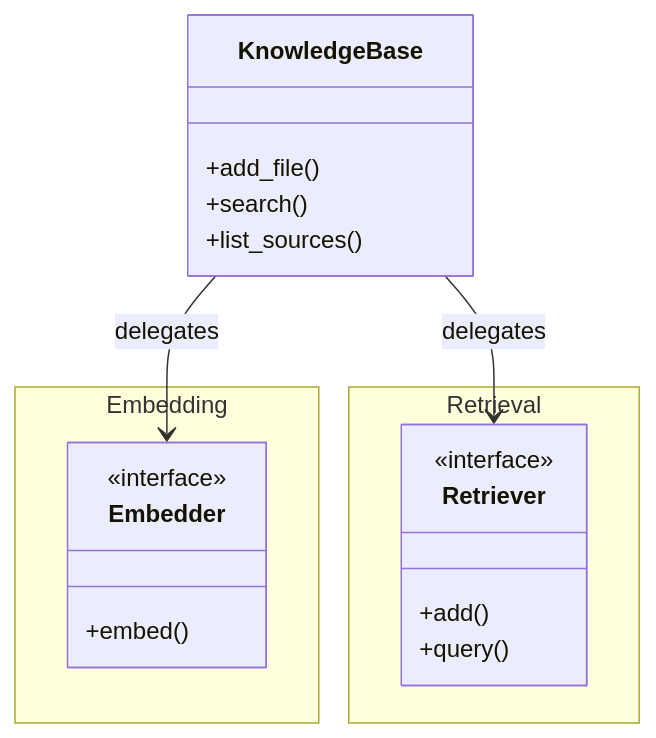
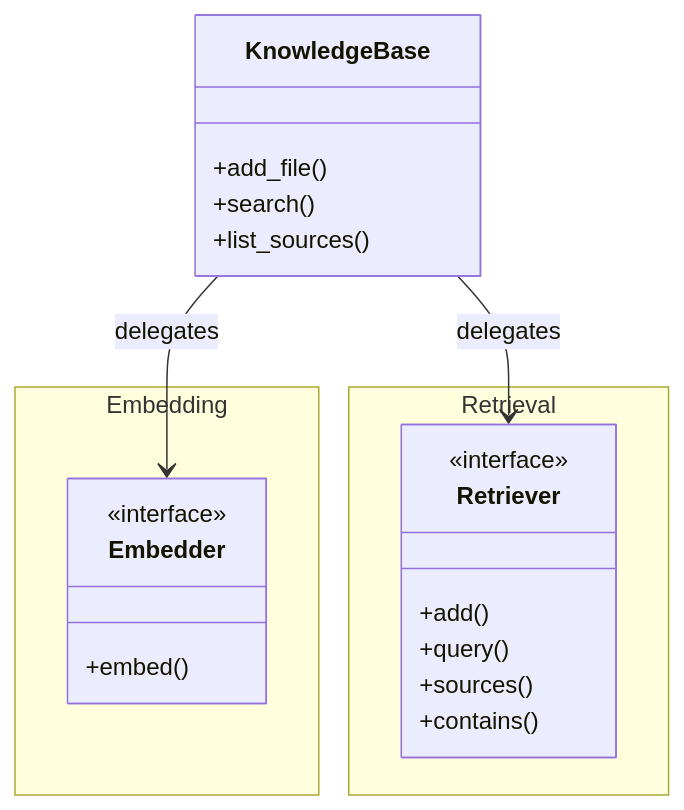
Before and after one commit to aschog/cora: the first of 3 diagrams in docs/plans/knowledge-base.md, drawn with Mermaid. The commit also changed other lines of this file, not shown here.

Commit message:
docs: give retriever port read ops (sources, contains) for list/dedupe; add conftest + coverage

````diff
--- a/docs/plans/knowledge-base.md
+++ b/docs/plans/knowledge-base.md
@@ -32,23 +32,25 @@
 ```mermaid
 classDiagram
   class KnowledgeBase {
     +add_file()
     +search()
     +list_sources()
   }
   namespace Embedding {
     class Embedder {
       <<interface>>
       +embed()
     }
   }
   namespace Retrieval {
     class Retriever {
       <<interface>>
       +add()
       +query()
+      +sources()
+      +contains()
     }
   }
   KnowledgeBase --> Embedder : delegates
   KnowledgeBase --> Retriever : delegates
 ```
````
